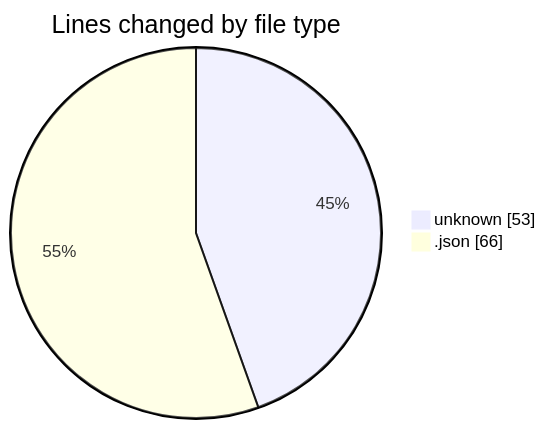
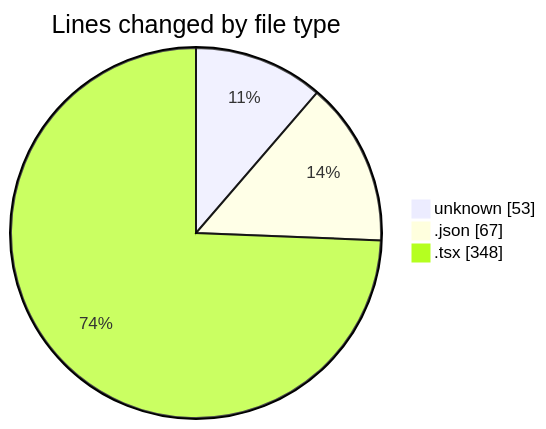
Before and after one commit to momahboobian/code-tracking: the first of 2 diagrams in 2026-01-19/cda/README.md, drawn with Mermaid. The commit also changed other lines of this file and 1 other file, not shown here.

````diff
--- a/2026-01-19/cda/README.md
+++ b/2026-01-19/cda/README.md
@@ -21,6 +22,7 @@
 ```mermaid
 pie showData
 title Lines changed by file type
 "unknown" : 53
-".json" : 66
+".json" : 67
+".tsx" : 348
 ```
````
